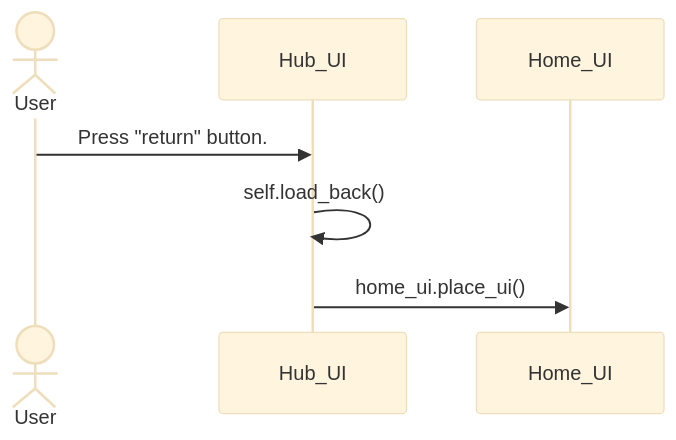
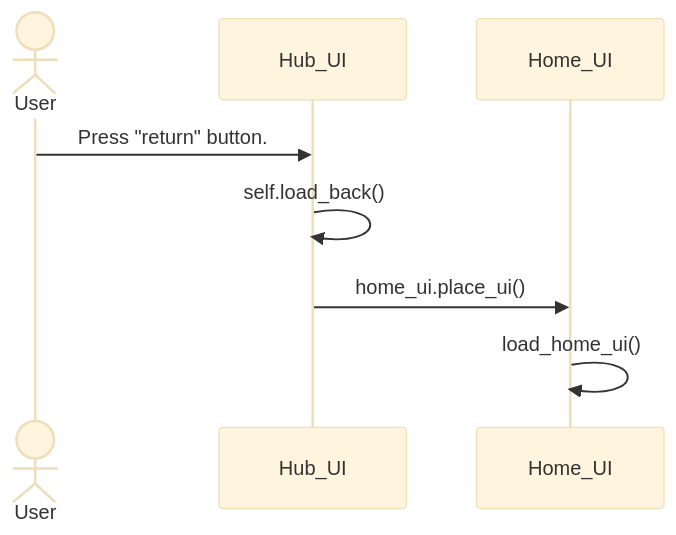
The third of 3 diagrams in dokumentaatio/arkkitehtuuri.md (kodtld/TravelHub), drawn with Mermaid (base theme) before and after one commit.

````diff
--- a/dokumentaatio/arkkitehtuuri.md
+++ b/dokumentaatio/arkkitehtuuri.md
@@ -232,10 +232,11 @@
 ```mermaid
 sequenceDiagram
   actor User
   participant Hub_UI
   participant Home_UI
 
   User->>Hub_UI: Press "return" button.
   Hub_UI->>Hub_UI: self.load_back()
   Hub_UI->>Home_UI: home_ui.place_ui()
+  Home_UI->>Home_UI: load_home_ui()
 ```
````
